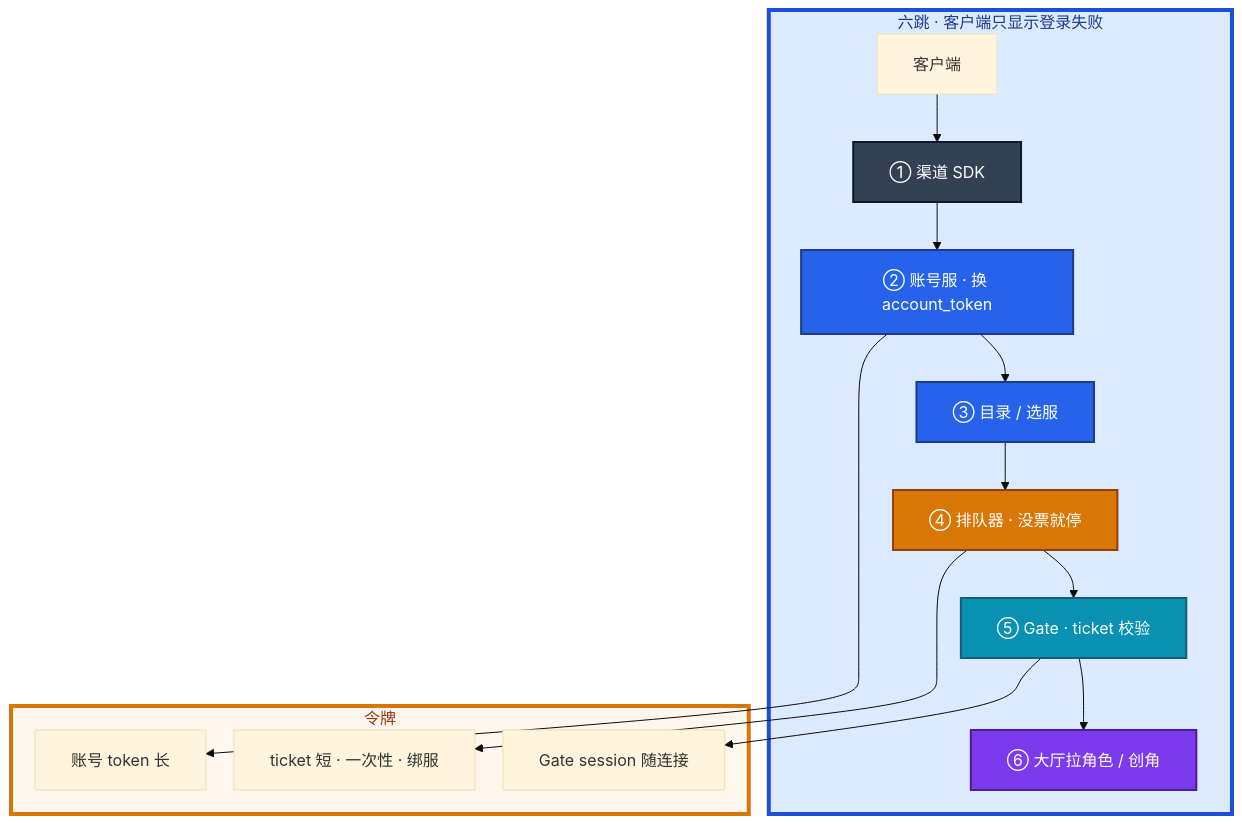
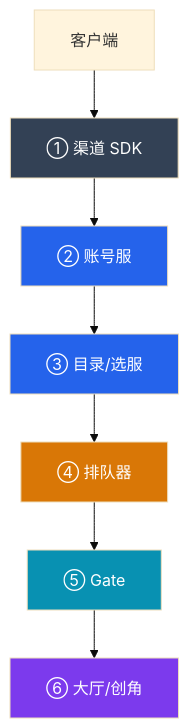
One commit to ml-cuizijun/LearnToLilith changed the second of 3 diagrams in 08-游戏运维专题/04-登录排队与选服/知识点.md. Above: the diagram before and after it, drawn with Mermaid. The commit also changed other lines of this file and 213 other files, not shown here.

````diff
--- a/08-游戏运维专题/04-登录排队与选服/知识点.md
+++ b/08-游戏运维专题/04-登录排队与选服/知识点.md
@@ -81,35 +58,16 @@
 ```mermaid
 %%{init: {"flowchart": {"padding": 18, "nodeSpacing": 28, "rankSpacing": 48}, "theme": "base"}}%%
 flowchart TB
-    subgraph hops ["六跳 · 客户端只显示登录失败"]
-        c[客户端] --> s1["① 渠道 SDK"]
-        s1 --> s2["② 账号服 · 换 account_token"]
-        s2 --> s3["③ 目录 / 选服"]
-        s3 --> s4["④ 排队器 · 没票就停"]
-        s4 --> s5["⑤ Gate · ticket 校验"]
-        s5 --> s6["⑥ 大厅拉角色 / 创角"]
-    end
-
-    subgraph token ["令牌"]
-        t1[账号 token 长]
-        t2["ticket 短 · 一次性 · 绑服"]
-        t3[Gate session 随连接]
-        s2 --> t1
-        s4 --> t2
-        s5 --> t3
-    end
-
-    classDef ext fill:#334155,stroke:#0F172A,stroke-width:2px,color:#fff
-    classDef stateless fill:#2563EB,stroke:#1E3A8A,stroke-width:2px,color:#fff
-    classDef q fill:#D97706,stroke:#92400E,stroke-width:2px,color:#fff
-    classDef conn fill:#0891B2,stroke:#155E75,stroke-width:2px,color:#fff
-    classDef st fill:#7C3AED,stroke:#4C1D95,stroke-width:2px,color:#fff
-    class s1 ext
-    class s2,s3 stateless
-    class s4 q
-    class s5 conn
-    class s6 st
-
-    style hops fill:#DBEAFE,stroke:#1D4ED8,stroke-width:4px,color:#1E3A8A
-    style token fill:#FFF7ED,stroke:#D97706,stroke-width:4px,color:#9A3412
+    c[客户端] --> s1[① 渠道 SDK]
+    s1 --> s2[② 账号服]
+    s2 --> s3[③ 目录/选服]
+    s3 --> s4[④ 排队器]
+    s4 --> s5[⑤ Gate]
+    s5 --> s6[⑥ 大厅/创角]
+    classDef ext fill:#334155,color:#fff
+    classDef stateless fill:#2563EB,color:#fff
+    classDef q fill:#D97706,color:#fff
+    classDef conn fill:#0891B2,color:#fff
+    classDef st fill:#7C3AED,color:#fff
+    class s1 ext; class s2,s3 stateless; class s4 q; class s5 conn; class s6 st
 ```
````
